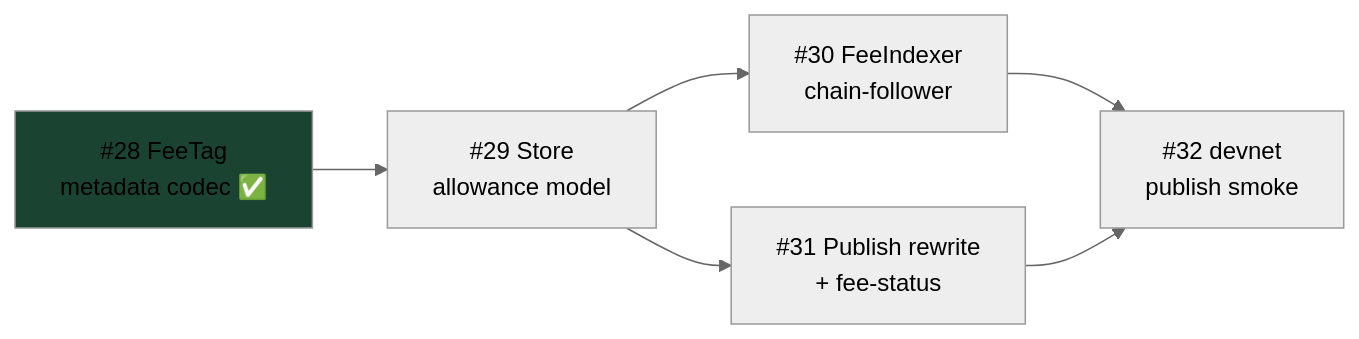
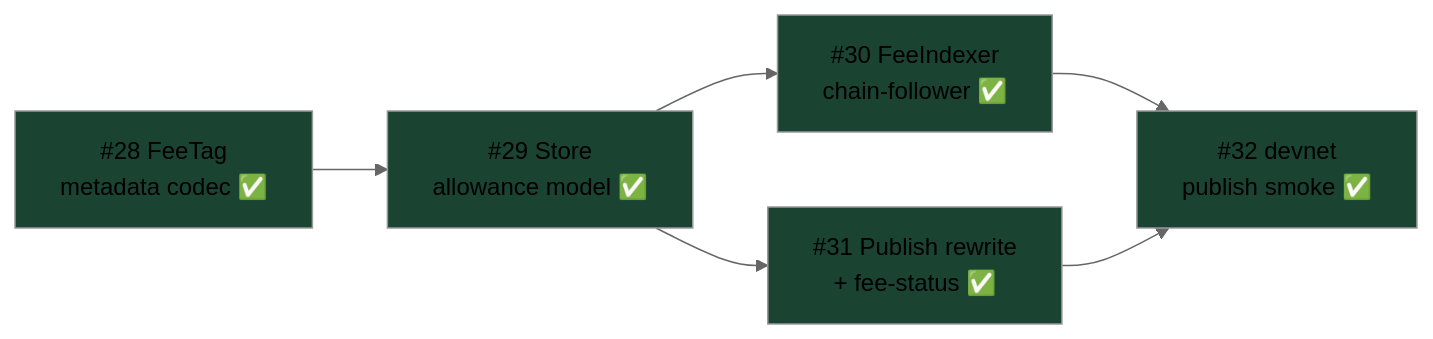
One commit to lambdasistemi/cardano-multisig changed the second of 2 diagrams in docs/architecture/components.md. Above: the diagram before and after it, drawn with Mermaid (neutral theme). The commit also changed other lines of this file, not shown here.

````diff
--- a/docs/architecture/components.md
+++ b/docs/architecture/components.md
@@ -62,9 +63,10 @@
 ```mermaid
 flowchart LR
-    T28["#28 FeeTag<br/>metadata codec ✅"] --> T29["#29 Store<br/>allowance model"]
-    T29 --> T30["#30 FeeIndexer<br/>chain-follower"]
-    T29 --> T31["#31 Publish rewrite<br/>+ fee-status"]
-    T30 --> T32["#32 devnet<br/>publish smoke"]
+    T28["#28 FeeTag<br/>metadata codec ✅"] --> T29["#29 Store<br/>allowance model ✅"]
+    T29 --> T30["#30 FeeIndexer<br/>chain-follower ✅"]
+    T29 --> T31["#31 Publish rewrite<br/>+ fee-status ✅"]
+    T30 --> T32["#32 devnet<br/>publish smoke ✅"]
     T31 --> T32
-    style T28 fill:#1b4332
+    classDef done fill:#1b4332;
+    class T28,T29,T30,T31,T32 done;
 ```
````
